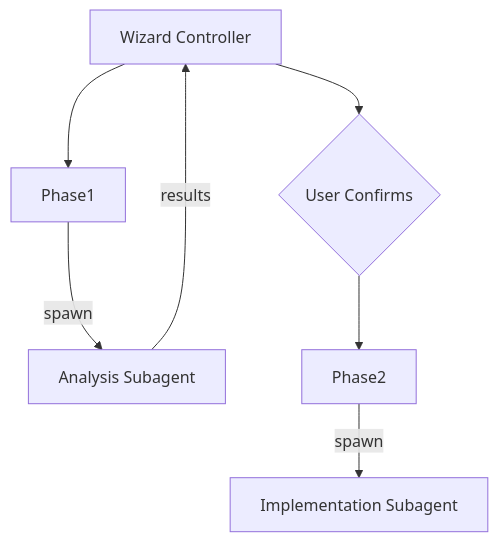
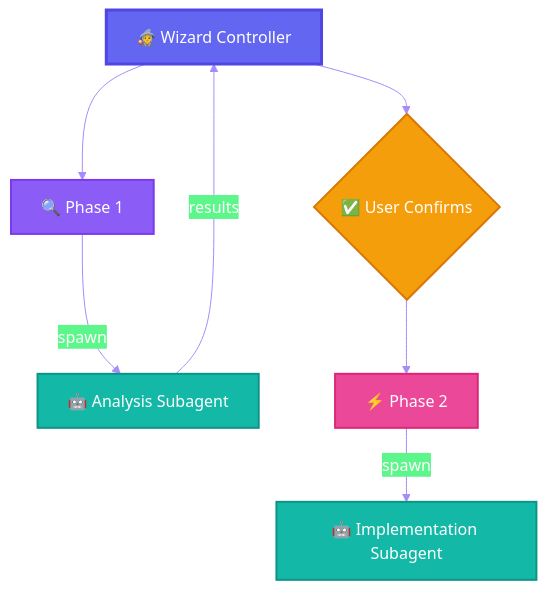
One commit to ThibautMelen/agentic-ai-systems changed the fifth of 5 diagrams in patterns/07-wizard-workflows.md. Above: the diagram before and after it, drawn with Mermaid. The commit also changed other lines of this file and 7 other files, not shown here.

First line of the commit message:
style(diagrams): add vibrant colors to all Mermaid diagrams

````diff
--- a/patterns/07-wizard-workflows.md
+++ b/patterns/07-wizard-workflows.md
@@ -313,9 +328,16 @@
 ```mermaid
+%%{init: {'theme': 'base', 'themeVariables': { 'primaryColor': '#8b5cf6', 'primaryTextColor': '#ffffff', 'primaryBorderColor': '#7c3aed', 'lineColor': '#a78bfa'}}}%%
 flowchart TB
-    W[Wizard Controller] --> Phase1
-    Phase1 --> |spawn| SA1[Analysis Subagent]
+    W[🧙 Wizard Controller]:::wizardNode --> Phase1[🔍 Phase 1]:::phase1Node
+    Phase1 --> |spawn| SA1[🤖 Analysis Subagent]:::subagentNode
     SA1 --> |results| W
-    W --> Confirm1{User Confirms}
-    Confirm1 --> Phase2
-    Phase2 --> |spawn| SA2[Implementation Subagent]
+    W --> Confirm1{✅ User Confirms}:::confirmNode
+    Confirm1 --> Phase2[⚡ Phase 2]:::phase2Node
+    Phase2 --> |spawn| SA2[🤖 Implementation Subagent]:::subagentNode
+
+    classDef wizardNode fill:#6366f1,stroke:#4f46e5,stroke-width:3px,color:#ffffff
+    classDef phase1Node fill:#8b5cf6,stroke:#7c3aed,stroke-width:2px,color:#ffffff
+    classDef phase2Node fill:#ec4899,stroke:#db2777,stroke-width:2px,color:#ffffff
+    classDef subagentNode fill:#14b8a6,stroke:#0d9488,stroke-width:2px,color:#ffffff
+    classDef confirmNode fill:#f59e0b,stroke:#d97706,stroke-width:2px,color:#ffffff
 ```
````
